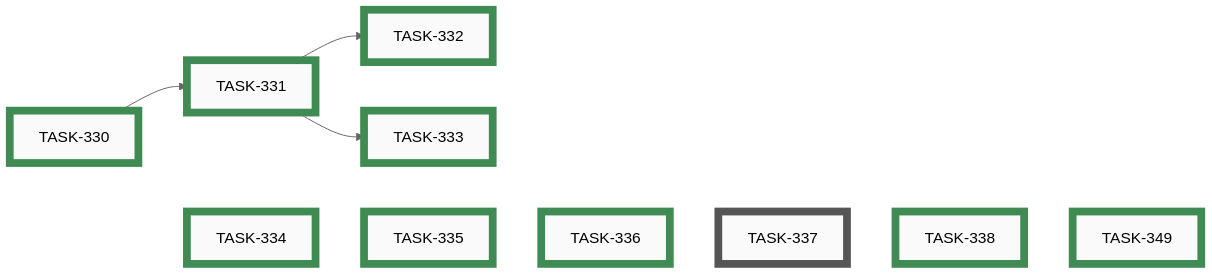
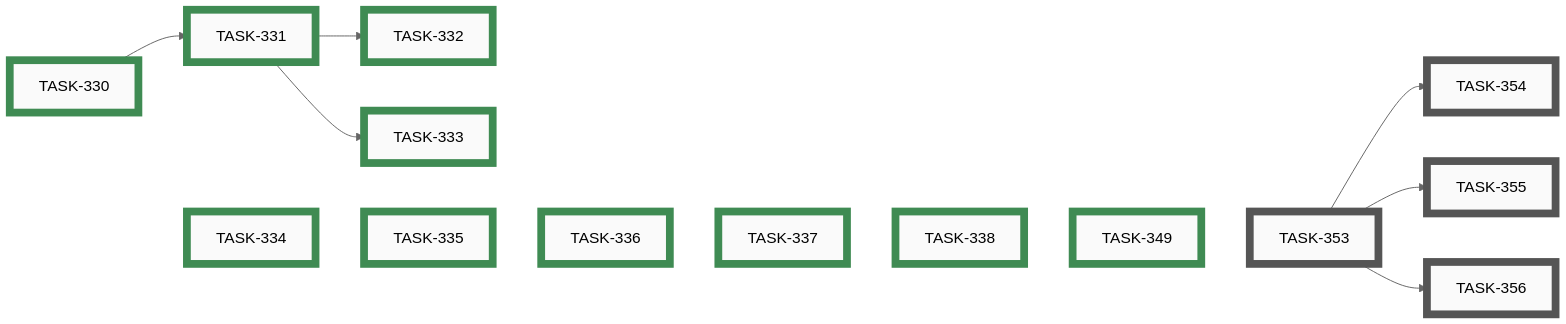
The eighth of 10 diagrams in docs/developers/tasks/EPICS.md (tgd1975/AwesomeStudioPedal), drawn with Mermaid (neutral theme) before and after one commit. The commit also changed other lines of this file and 7 other files, not shown here.

````diff
--- a/docs/developers/tasks/EPICS.md
+++ b/docs/developers/tasks/EPICS.md
@@ -296,35 +296,46 @@
 ```mermaid
 graph LR
-    TASK_337["TASK-337"]:::open
+    TASK_353["TASK-353"]:::open
+    TASK_354["TASK-354"]:::open
+    TASK_355["TASK-355"]:::open
+    TASK_356["TASK-356"]:::open
     TASK_330["TASK-330"]:::closed
     TASK_331["TASK-331"]:::closed
     TASK_332["TASK-332"]:::closed
     TASK_333["TASK-333"]:::closed
     TASK_334["TASK-334"]:::closed
     TASK_335["TASK-335"]:::closed
     TASK_336["TASK-336"]:::closed
+    TASK_337["TASK-337"]:::closed
     TASK_338["TASK-338"]:::closed
     TASK_349["TASK-349"]:::closed
+    TASK_353 --> TASK_354
+    TASK_353 --> TASK_355
+    TASK_353 --> TASK_356
     TASK_330 --> TASK_331
     TASK_331 --> TASK_332
     TASK_331 --> TASK_333
-    TASK_330 ~~~ TASK_334 ~~~ TASK_335 ~~~ TASK_336 ~~~ TASK_337 ~~~ TASK_338 ~~~ TASK_349
-    click TASK_337 "open/task-337-firmware-expose-version-config-active-profile.md"
+    TASK_330 ~~~ TASK_334 ~~~ TASK_335 ~~~ TASK_336 ~~~ TASK_337 ~~~ TASK_338 ~~~ TASK_349 ~~~ TASK_353
+    click TASK_353 "open/task-353-feasibility-firmware-ble-readback-surfaces.md"
+    click TASK_354 "open/task-354-firmware-version-read-characteristic.md"
+    click TASK_355 "open/task-355-firmware-config-readback.md"
+    click TASK_356 "open/task-356-firmware-active-profile-notify.md"
     click TASK_330 "closed/task-330-decide-content-page-open-questions.md"
     click TASK_331 "closed/task-331-add-info-about-page.md"
     click TASK_332 "closed/task-332-add-howto-quickstart-page.md"
     click TASK_333 "closed/task-333-add-profiles-troubleshooting-legal-pages.md"
     click TASK_334 "closed/task-334-add-startup-splash-screen.md"
     click TASK_335 "closed/task-335-add-connection-status-strip-and-details-sheet.md"
     click TASK_336 "closed/task-336-add-connected-pedal-page-board-only.md"
+    click TASK_337 "closed/task-337-firmware-expose-version-config-active-profile.md"
     click TASK_338 "closed/task-338-add-hid-display-table-and-live-keystroke-page.md"
     click TASK_349 "closed/task-349-display-unified-version-in-mobile-app.md"
     classDef open    fill:#FAFAFA,stroke:#555,stroke-width:8px,color:#000
     classDef active  fill:#FAFAFA,stroke:#1A6FA8,stroke-width:8px,color:#000
     classDef closed  fill:#FAFAFA,stroke:#3F8B53,stroke-width:8px,color:#000
     classDef paused  fill:#FAFAFA,stroke:#B07810,stroke-width:8px,color:#000
     classDef openExt    fill:#000,stroke:#888,stroke-width:8px,color:#FFF
     classDef activeExt  fill:#000,stroke:#3FA9F5,stroke-width:8px,color:#FFF
     classDef closedExt  fill:#000,stroke:#7CC68A,stroke-width:8px,color:#FFF
     classDef pausedExt  fill:#000,stroke:#F0B030,stroke-width:8px,color:#FFF
 ```
````
